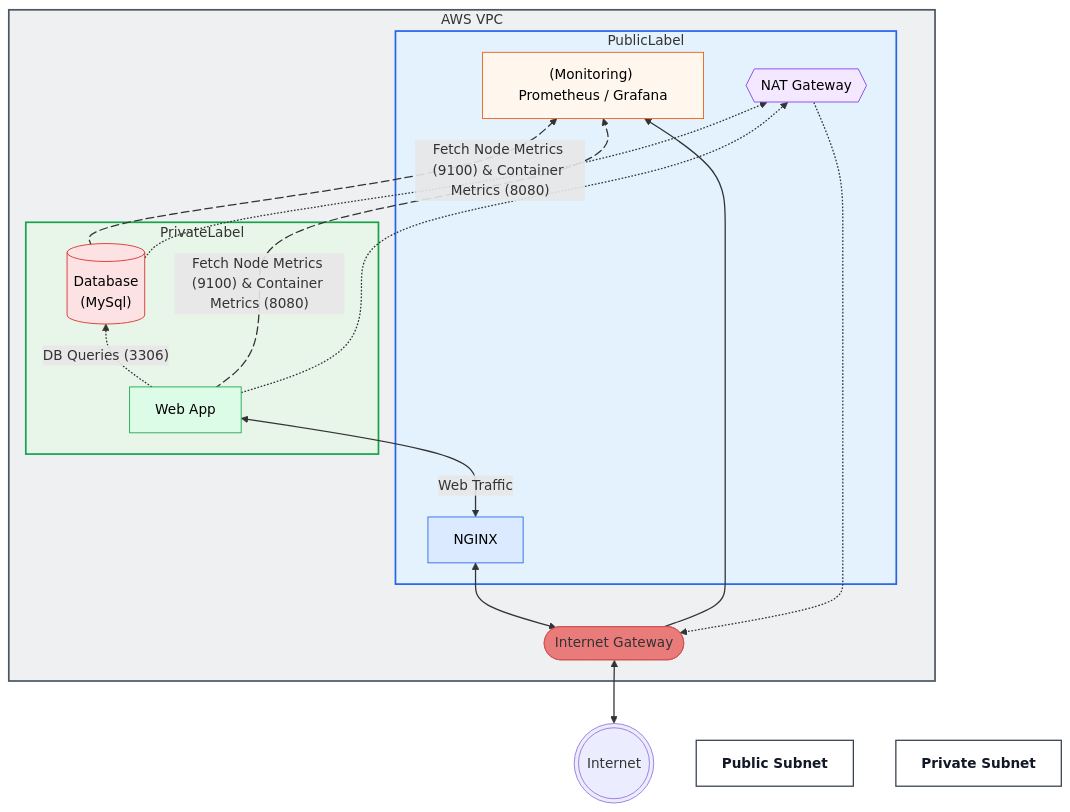
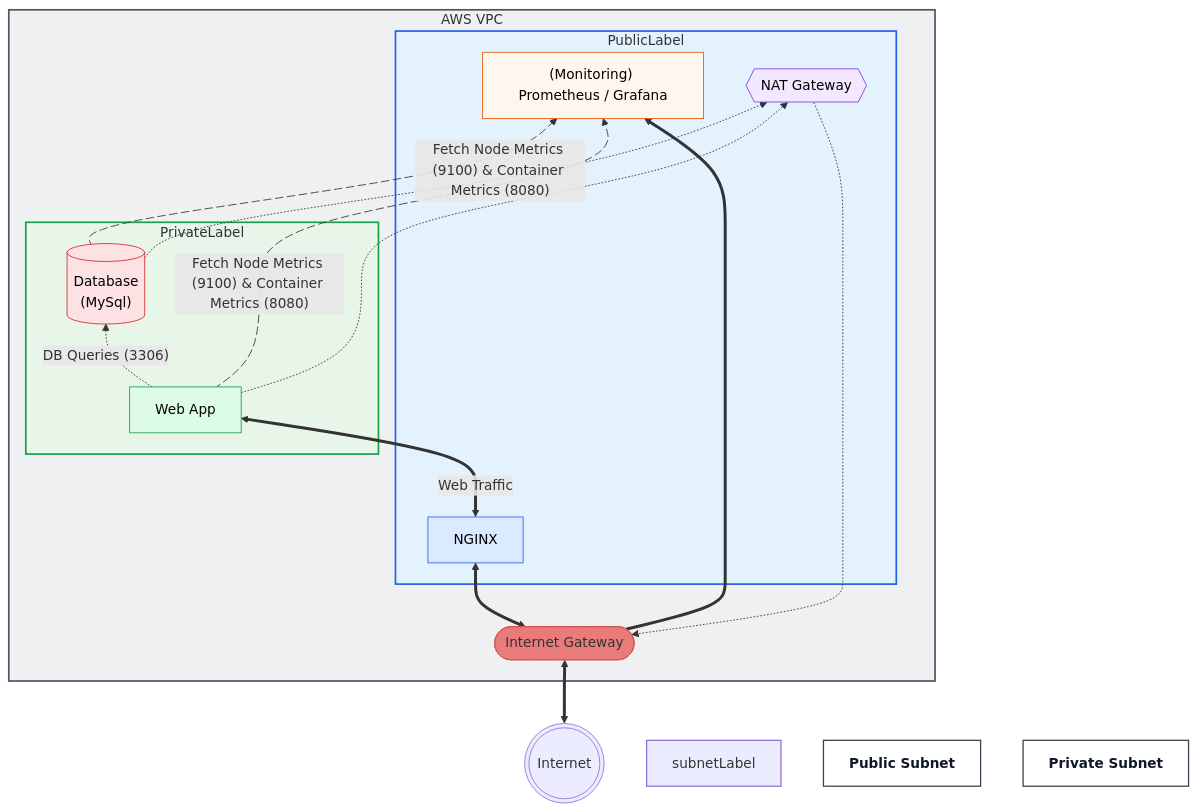
One commit to Jazzar101/learning-terraform-3087701 changed the diagram in README.md. Above: the diagram before and after it, drawn with Mermaid.

Commit message:
test style

````diff
--- a/README.md
+++ b/README.md
@@ -6,57 +6,57 @@
 ```mermaid
 flowchart BT
     Internet(((Internet)))
     subgraph VPC[AWS VPC]
         IGW([Internet Gateway])
         subgraph PublicSubnet[PublicLabel]
             NGINX[NGINX]
             Monitoring["(Monitoring) Prometheus / Grafana"]
             NAT{{NAT Gateway}}
         end
 
         subgraph PrivateSubnet[PrivateLabel]
             App[Web App]
             DB[("Database\n(MySql)")]
         end
     end
 
     Internet <==> IGW
     IGW <==> NGINX
     NGINX <==>|Web Traffic| App
     App -.->|"DB Queries (3306)"| DB
     IGW ==> Monitoring
 
     App metricsApp@-->|"Fetch Node Metrics (9100) & Container Metrics (8080)"| Monitoring
     DB metricsDB@-->|"Fetch Node Metrics (9100) & Container Metrics (8080)"| Monitoring
 
     App -.-> NAT
     DB -.-> NAT
     NAT -.-> IGW
     
     metricsApp@{ animation: slow }    
     metricsDB@{ animation: slow }
 
     %% Node-only styling (GitHub safe)
     classDef ingress fill:#dbeafe,stroke:#2563eb,color:#000000
     classDef monitoring fill:#fff7ed,stroke:#ea580c,color:#000000
     classDef nat fill:#f3e8ff,stroke:#7c3aed,color:#000000
     classDef app fill:#dcfce7,stroke:#16a34a,color:#000000
     classDef db fill:#fde2e4,stroke:#dc2626,color:#000000
     classDef igw fill:#EA7B7B,stroke:#D25353,color:#00000
     classDef subnetLabel fill:#ffffff,stroke:#374151,stroke-width:1.5px,color:#111827,font-weight:bold
 
     style VPC fill:#eef0f2,stroke:#4b5563,stroke-width:2px
     style PublicSubnet fill:#e3f2fd,stroke:#2563eb,stroke-width:2px
     style PrivateSubnet fill:#e8f5e9,stroke:#16a34a,stroke-width:2px    
-    linkStyle default stroke:#00000,stroke-width:1.5px
+    style subnetLabel stroke:#00000,stroke-width:1.5px
 
     PublicLabel["Public Subnet"]:::subnetLabel
     PrivateLabel["Private Subnet"]:::subnetLabel
 
     class NGINX ingress
     class Monitoring monitoring
     class NAT nat
     class App app
     class DB db
     class IGW igw
 ```
````
